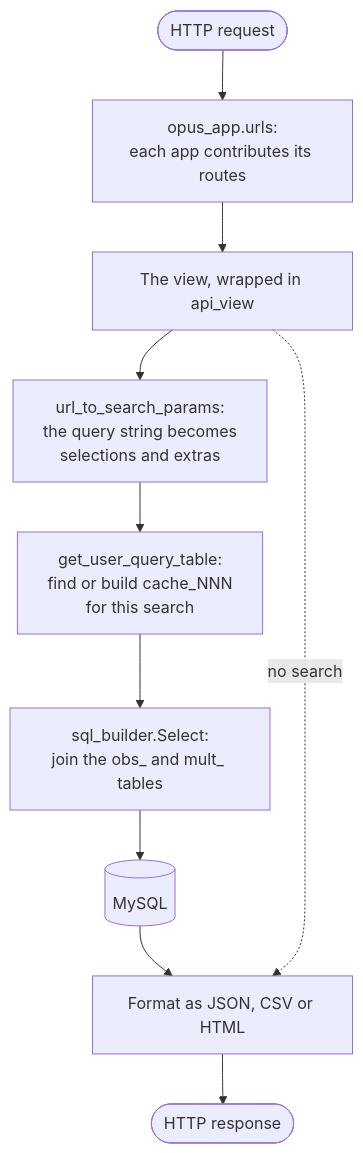
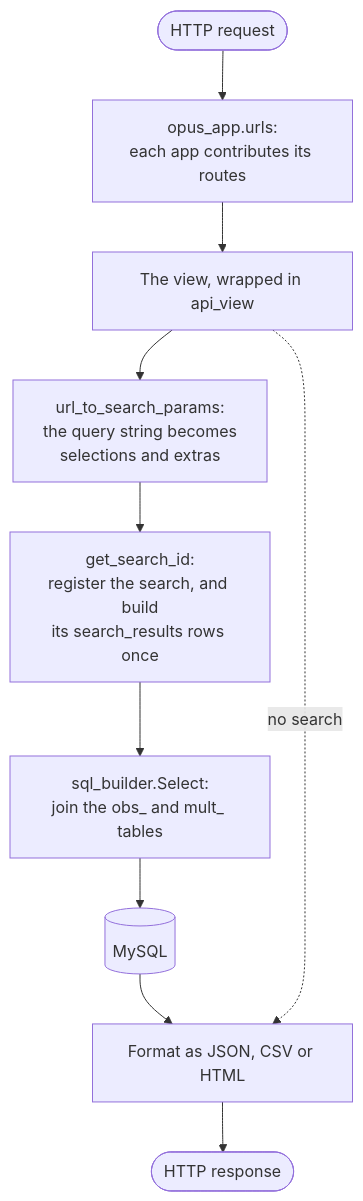
One commit to SETI/rms-opus changed the third of 3 diagrams in docs/dev_guide_architecture.rst. Above: the diagram before and after it, drawn with Mermaid. The commit also changed other lines of this file and 67 other files, not shown here.

First line of the commit message:
feat: one search_results table replaces the per-search cache tables

```diff
--- a/docs/dev_guide_architecture.rst
+++ b/docs/dev_guide_architecture.rst
@@ -112,13 +112,13 @@
 .. mermaid::
     :zoom:
 
     flowchart TD
         R([HTTP request]) --> U[opus_app.urls:<br/>each app contributes its routes]
         U --> V[The view, wrapped in api_view]
         V --> P[url_to_search_params:<br/>the query string becomes<br/>selections and extras]
-        P --> Q[get_user_query_table:<br/>find or build cache_NNN<br/>for this search]
+        P --> Q[get_search_id:<br/>register the search, and build<br/>its search_results rows once]
         Q --> S[sql_builder.Select:<br/>join the obs_ and mult_ tables]
         S --> D[(MySQL)]
         D --> F[Format as JSON, CSV or HTML]
         F --> RESP([HTTP response])
         V -.->|no search| F
```
